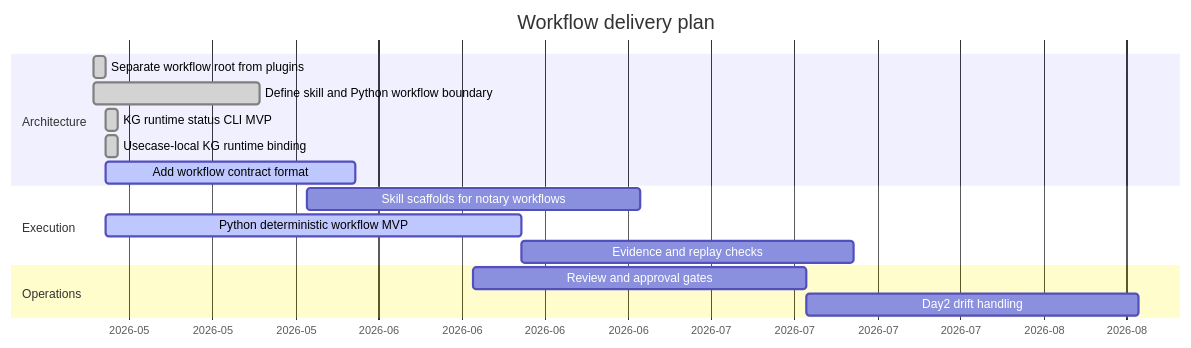
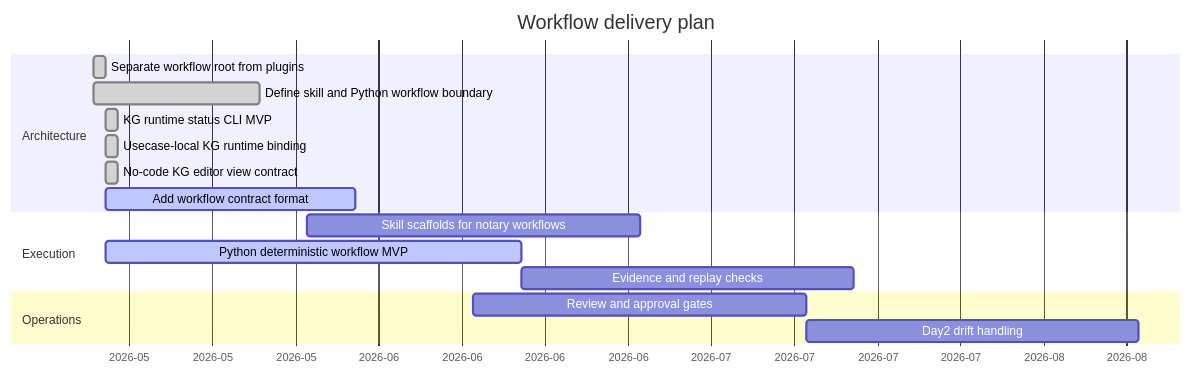
The diagram in workflows/GANTT.md (notariat8/NaC), drawn with Mermaid before and after one commit. The commit also changed other lines of this file and 18 other files, not shown here.

Commit message:
Add no-code KG editor workstream

````diff
--- a/workflows/GANTT.md
+++ b/workflows/GANTT.md
@@ -5,22 +5,23 @@
 ```mermaid
 gantt
     title Workflow delivery plan
     dateFormat  YYYY-MM-DD
     axisFormat  %Y-%m
 
     section Architecture
     Separate workflow root from plugins         :done,   w1, 2026-05-14, 1d
     Define skill and Python workflow boundary   :done,   w2, 2026-05-14, 14d
     KG runtime status CLI MVP                   :done,   w3, 2026-05-15, 1d
     Usecase-local KG runtime binding            :done,   w3a, 2026-05-15, 1d
+    No-code KG editor view contract             :done,   w4a, 2026-05-15, 1d
     Add workflow contract format                :active, w4, 2026-05-15, 21d
 
     section Execution
     Skill scaffolds for notary workflows        :        w5, 2026-06-01, 28d
     Python deterministic workflow MVP           :active, w6, 2026-05-15, 35d
     Evidence and replay checks                  :        w7, after w6, 28d
 
     section Operations
     Review and approval gates                   :        w8, 2026-06-15, 28d
     Day2 drift handling                         :        w9, after w8, 28d
 ```
````
